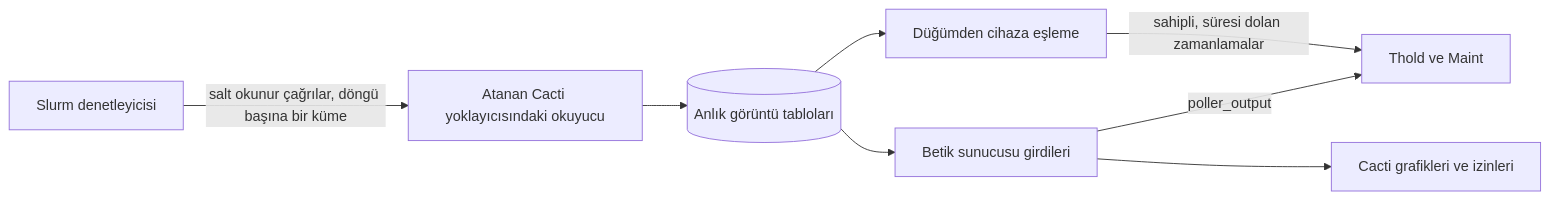
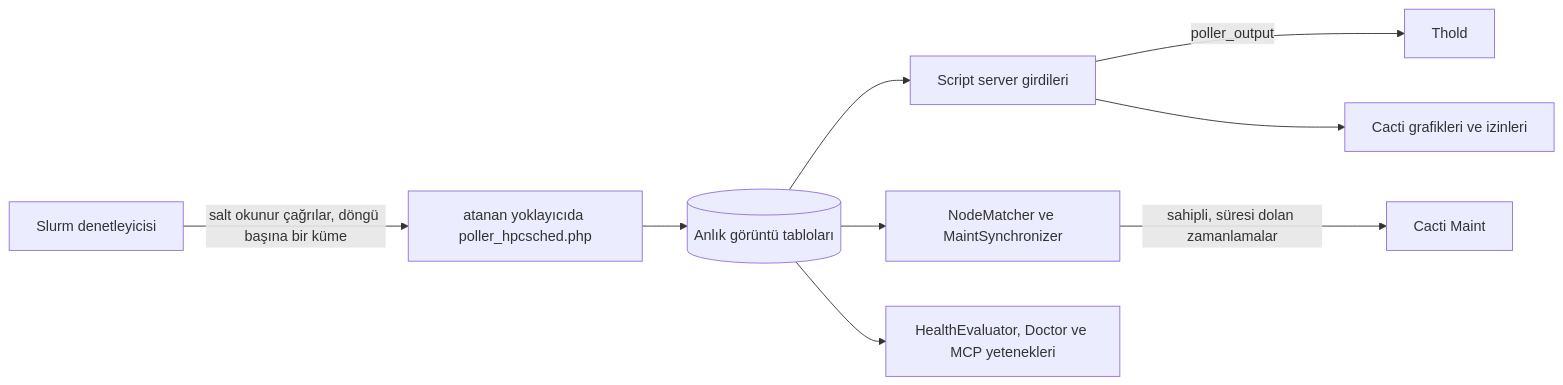
Before and after one commit to somethingwithproof/plugin_hpcsched: the diagram in docs/i18n/tr-TR/README.md, drawn with Mermaid. The commit also changed other lines of this file and 48 other files, not shown here.

````diff
--- a/docs/i18n/tr-TR/README.md
+++ b/docs/i18n/tr-TR/README.md
@@ -99,10 +163,11 @@
 ```mermaid
 flowchart LR
-    S[Slurm denetleyicisi] -->|salt okunur çağrılar, döngü başına bir küme| R[Atanan Cacti yoklayıcısındaki okuyucu]
+    S[Slurm denetleyicisi] -->|salt okunur çağrılar, döngü başına bir küme| R[atanan yoklayıcıda poller_hpcsched.php]
     R --> SNAP[(Anlık görüntü tabloları)]
-    SNAP --> SS[Betik sunucusu girdileri]
-    SS -->|poller_output| T[Thold ve Maint]
+    SNAP --> SS[Script server girdileri]
+    SS -->|poller_output| T[Thold]
     SS --> G[Cacti grafikleri ve izinleri]
-    SNAP --> MAP[Düğümden cihaza eşleme]
-    MAP -->|sahipli, süresi dolan zamanlamalar| T
+    SNAP --> MAP[NodeMatcher ve MaintSynchronizer]
+    MAP -->|sahipli, süresi dolan zamanlamalar| M[Cacti Maint]
+    SNAP --> H[HealthEvaluator, Doctor ve MCP yetenekleri]
 ```
````
